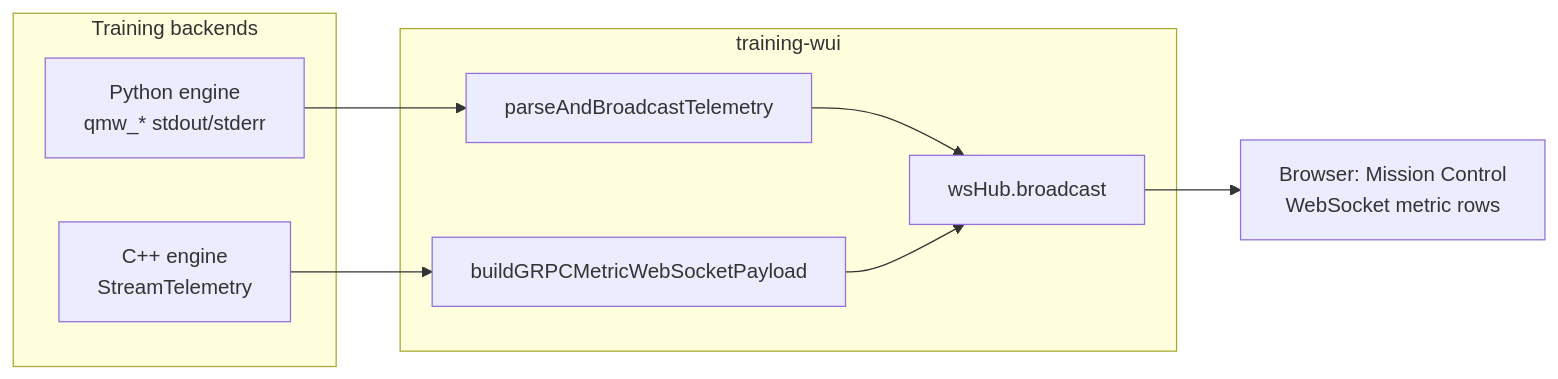
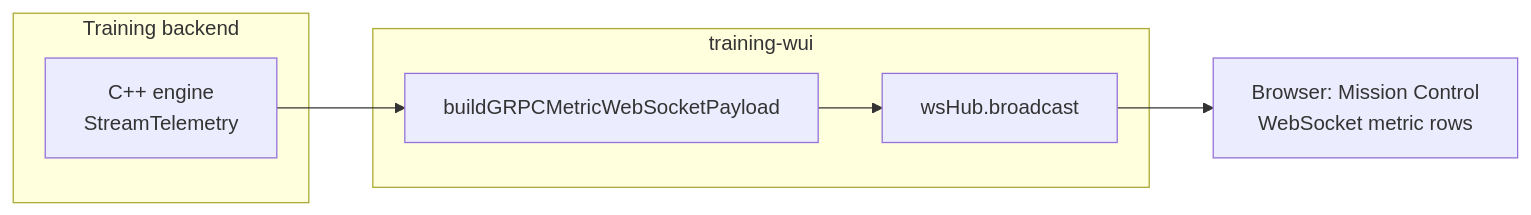
The first of 3 diagrams in training-wui/README.md (kennetholsenatm-gif/q_mini_wasm_v2), drawn with Mermaid before and after one commit. The commit also changed other lines of this file and 93 other files, not shown here.

````diff
--- a/training-wui/README.md
+++ b/training-wui/README.md
@@ -47,18 +51,14 @@
 ```mermaid
 flowchart LR
-  subgraph sources [Training backends]
-    Py["Python engine<br/>qmw_* stdout/stderr"]
+  subgraph sources [Training backend]
     CPP["C++ engine<br/>StreamTelemetry"]
   end
   subgraph bridge [training-wui]
-    Parse["parseAndBroadcastTelemetry"]
     GRPC["buildGRPCMetricWebSocketPayload"]
     WS["wsHub.broadcast"]
-    Py --> Parse
     CPP --> GRPC
-    Parse --> WS
     GRPC --> WS
   end
   MC["Browser: Mission Control<br/>WebSocket metric rows"]
   WS --> MC
 ```
````
